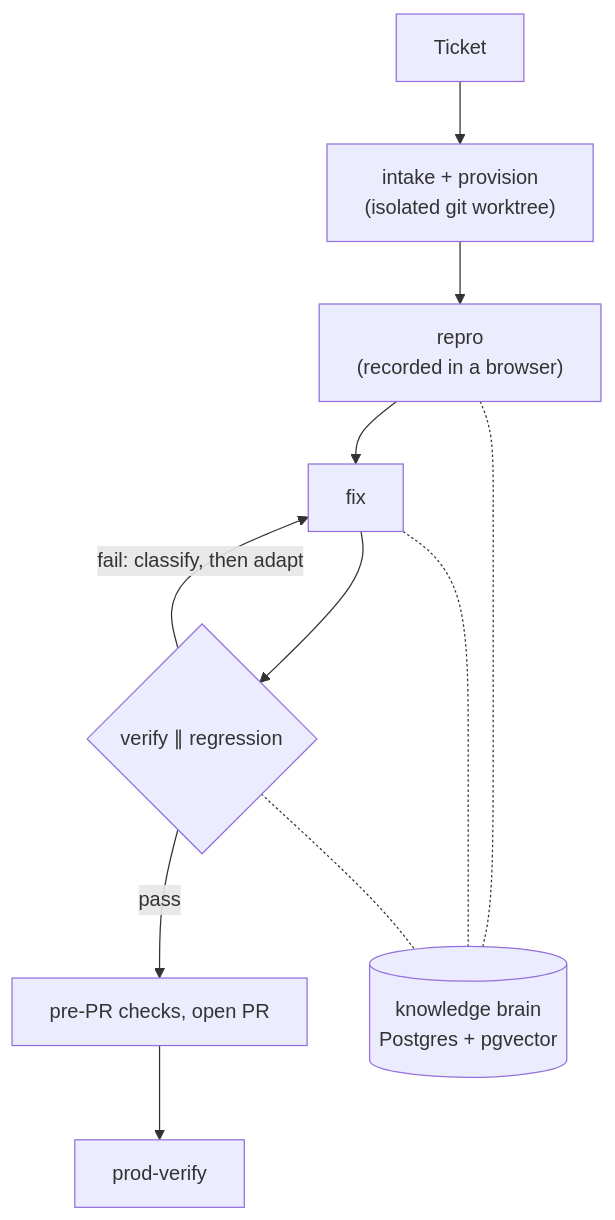
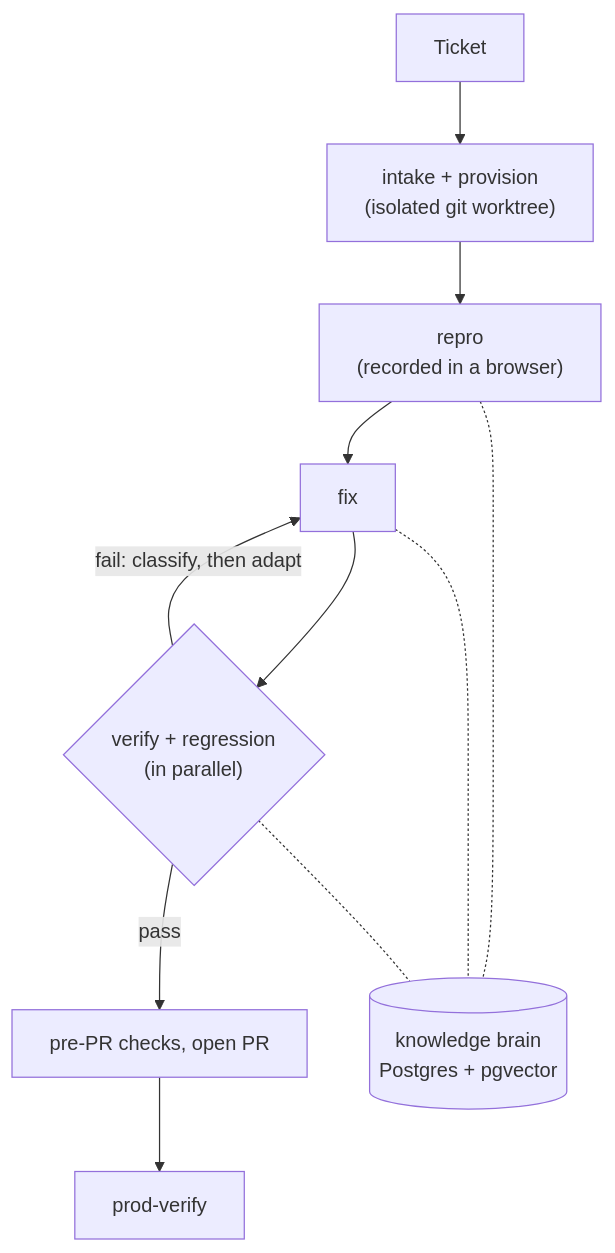
One commit to travist6983/agent-kit changed the diagram in README.md. Above: the diagram before and after it, drawn with Mermaid.

Commit message:
docs: spell out the parallel verify step in the loop diagram
Claude-Session: https://claude.ai/code/session_011usBy4wVqdGgWhrcBGykTH

````diff
--- a/README.md
+++ b/README.md
@@ -34,14 +34,14 @@
 ```mermaid
 flowchart TD
   ticket["Ticket"] --> intake["intake + provision<br/>(isolated git worktree)"]
   intake --> repro["repro<br/>(recorded in a browser)"]
   repro --> fix["fix"]
-  fix --> gates{"verify ∥ regression"}
+  fix --> gates{"verify + regression<br/>(in parallel)"}
   gates -- "fail: classify, then adapt" --> fix
   gates -- "pass" --> ship["pre-PR checks, open PR"]
   ship --> prod["prod-verify"]
   brain[("knowledge brain<br/>Postgres + pgvector")]
   repro -.- brain
   fix -.- brain
   gates -.- brain
 ```
````
